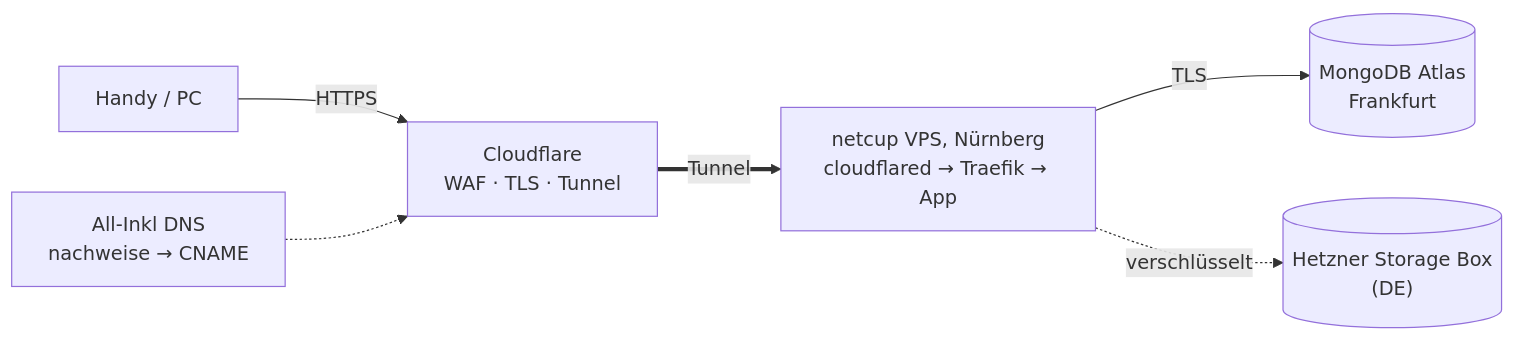
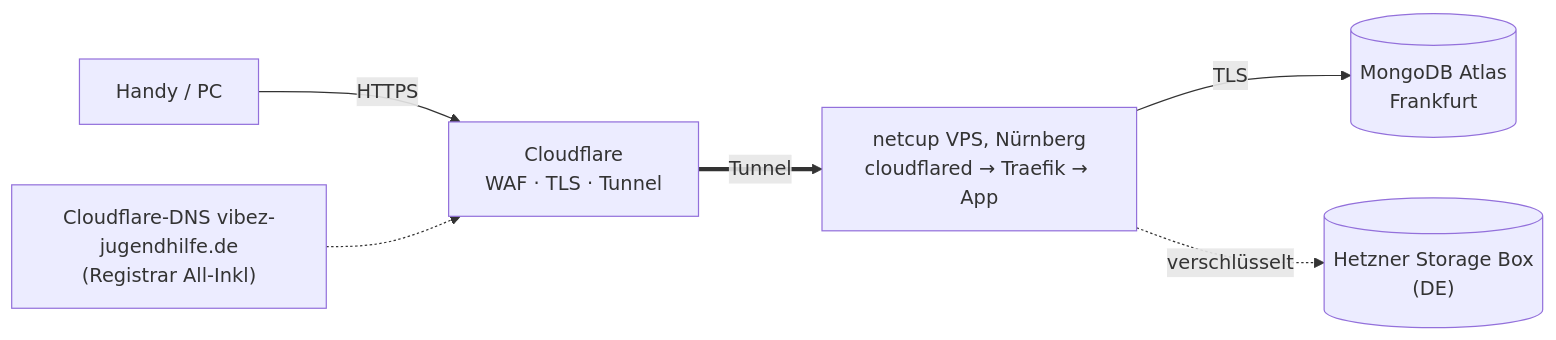
The diagram in README.md (mbay-ODW/vibez-betrieb), drawn with Mermaid before and after one commit. The commit also changed other lines of this file and 8 other files, not shown here.

First line of the commit message:
DNS der ganzen Domain zu Cloudflare statt Hilfsdomain

````diff
--- a/README.md
+++ b/README.md
@@ -12,8 +12,8 @@
 ```mermaid
 flowchart LR
     U["Handy / PC"] -- HTTPS --> CF["Cloudflare<br/>WAF · TLS · Tunnel"]
-    DNS["All-Inkl DNS<br/>nachweise → CNAME"] -.-> CF
+    DNS["Cloudflare-DNS vibez-jugendhilfe.de<br/>(Registrar All-Inkl)"] -.-> CF
     CF == Tunnel ==> VPS["netcup VPS, Nürnberg<br/>cloudflared → Traefik → App"]
     VPS -- TLS --> DB[("MongoDB Atlas<br/>Frankfurt")]
     VPS -. "verschlüsselt" .-> SB[("Hetzner Storage Box<br/>(DE)")]
 ```
````
